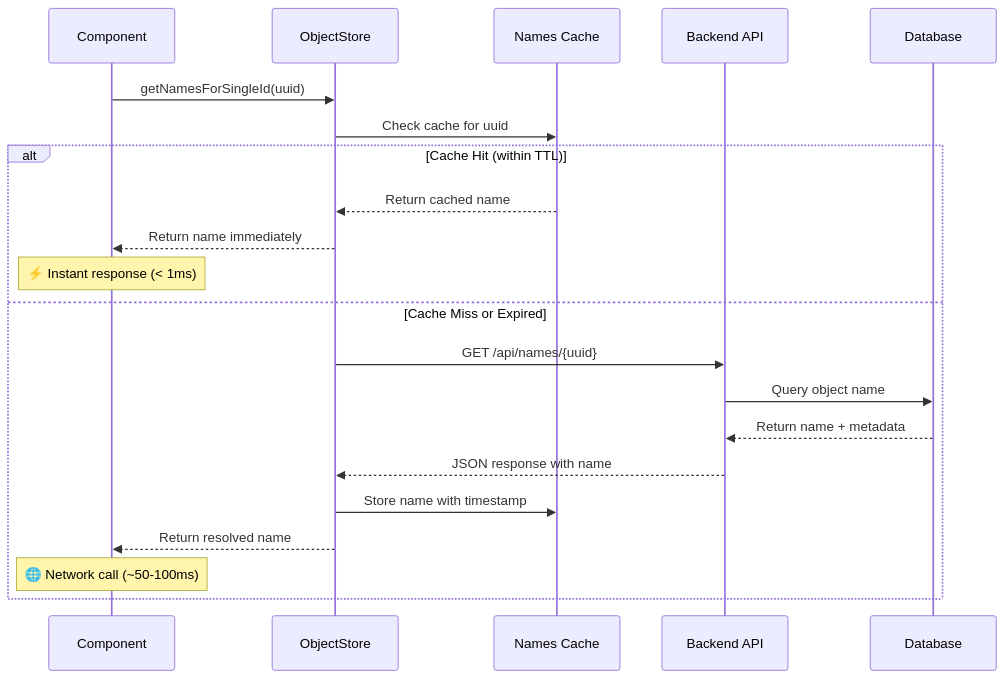
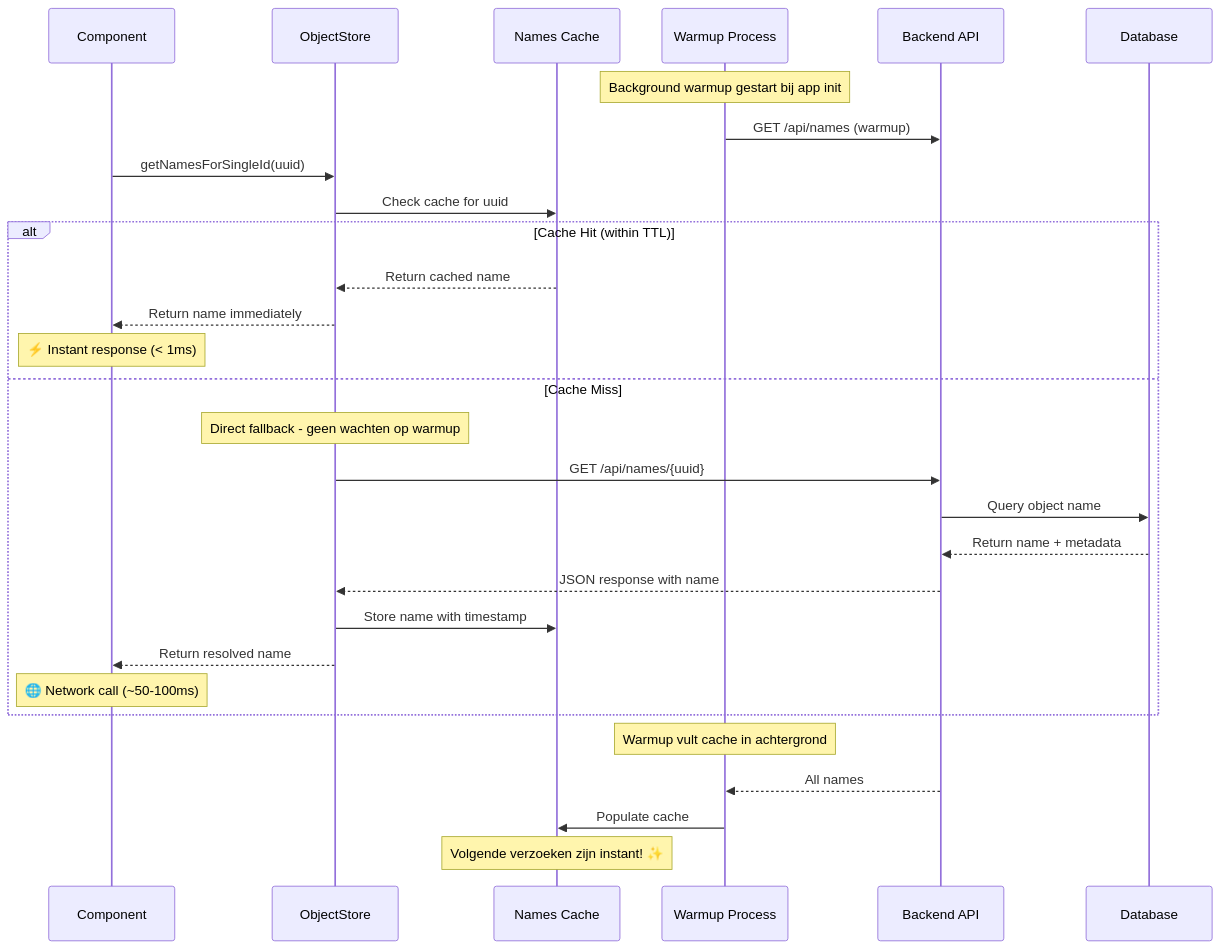
The fourth of 21 diagrams in docs/NAMES-CACHE-SYSTEM.md (ConductionNL/tilburg-woo-ui), drawn with Mermaid before and after one commit. The commit also changed other lines of this file and 2 other files, not shown here.

Commit message:
Updated names cache to be fetched but not to be waited on

````diff
--- a/docs/NAMES-CACHE-SYSTEM.md
+++ b/docs/NAMES-CACHE-SYSTEM.md
@@ -158,25 +158,35 @@
 ```mermaid
 sequenceDiagram
     participant C as Component
     participant OS as ObjectStore
     participant Cache as Names Cache
+    participant Warmup as Warmup Process
     participant API as Backend API
     participant DB as Database
+    
+    Note over Warmup: Background warmup gestart bij app init
+    Warmup->>API: GET /api/names (warmup)
     
     C->>OS: getNamesForSingleId(uuid)
     OS->>Cache: Check cache for uuid
     
     alt Cache Hit (within TTL)
         Cache-->>OS: Return cached name
         OS-->>C: Return name immediately
         Note over C: ⚡ Instant response (< 1ms)
-    else Cache Miss or Expired
+    else Cache Miss
+        Note over OS: Direct fallback - geen wachten op warmup
         OS->>API: GET /api/names/{uuid}
         API->>DB: Query object name
         DB-->>API: Return name + metadata
         API-->>OS: JSON response with name
         OS->>Cache: Store name with timestamp
         OS-->>C: Return resolved name
         Note over C: 🌐 Network call (~50-100ms)
     end
+    
+    Note over Warmup: Warmup vult cache in achtergrond
+    API-->>Warmup: All names
+    Warmup->>Cache: Populate cache
+    Note over Cache: Volgende verzoeken zijn instant! ✨
 ```
````
